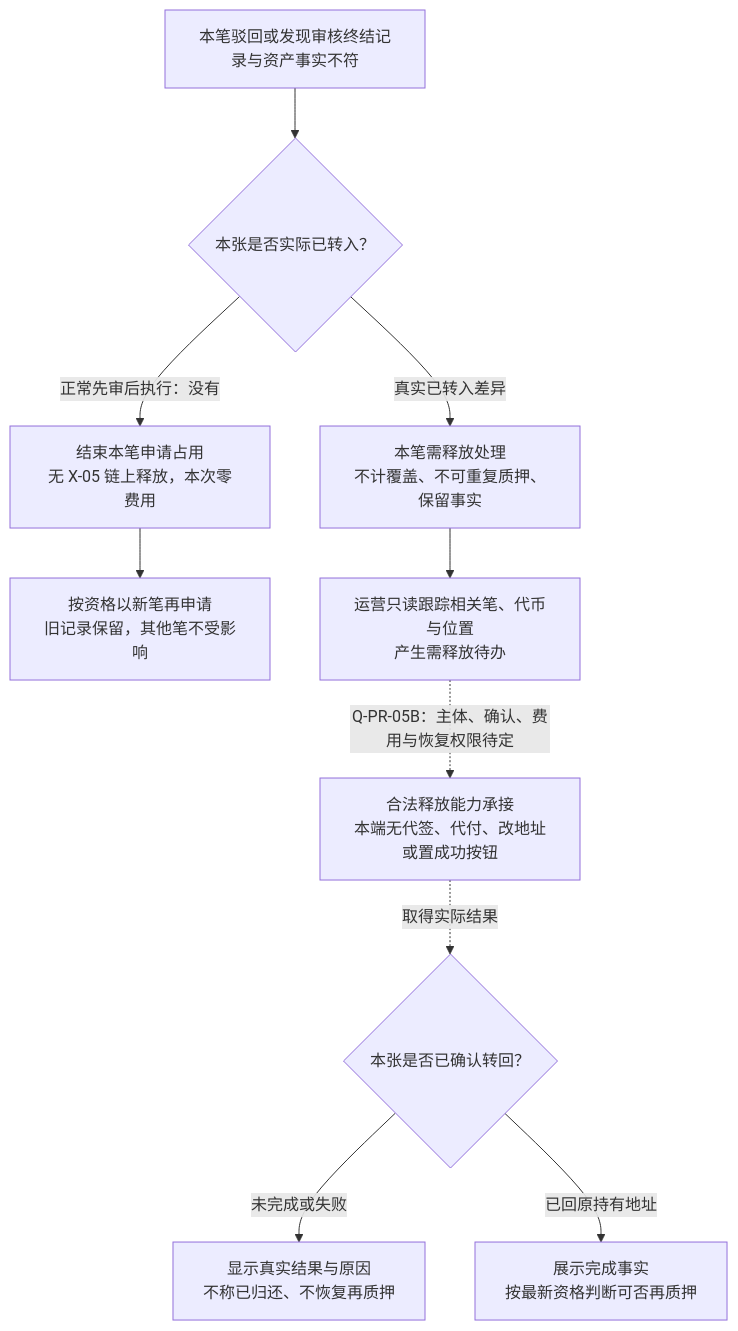
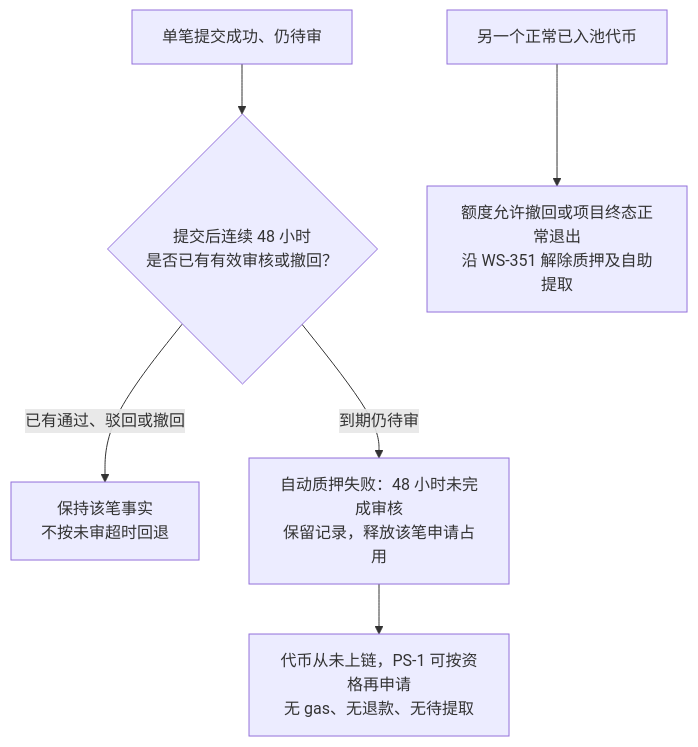
Before and after one commit to wxblockchain/Chain-Financing: the third of 5 diagrams in lending-platform/PRD/v1.0-代币质押审核/v1.0-代币质押审核-流程图与状态机.md, drawn with Mermaid. The commit also changed other lines of this file and 5 other files, not shown here.

````diff
--- a/lending-platform/PRD/v1.0-代币质押审核/v1.0-代币质押审核-流程图与状态机.md
+++ b/lending-platform/PRD/v1.0-代币质押审核/v1.0-代币质押审核-流程图与状态机.md
@@ -82,12 +83,8 @@
 ```mermaid
 flowchart TD
-  A["本笔驳回或发现审核终结记录与资产事实不符"] --> B{"本张是否实际已转入？"}
-  B -- "正常先审后执行：没有" --> C["结束本笔申请占用<br/>无 X-05 链上释放，本次零费用"]
-  C --> D["按资格以新笔再申请<br/>旧记录保留，其他笔不受影响"]
-  B -- "真实已转入差异" --> E["本笔需释放处理<br/>不计覆盖、不可重复质押、保留事实"]
-  E --> F["运营只读跟踪相关笔、代币与位置<br/>产生需释放待办"]
-  F -. "Q-PR-05B：主体、确认、费用与恢复权限待定" .-> G["合法释放能力承接<br/>本端无代签、代付、改地址或置成功按钮"]
-  G -. "取得实际结果" .-> H{"本张是否已确认转回？"}
-  H -- "未完成或失败" --> I["显示真实结果与原因<br/>不称已归还、不恢复再质押"]
-  H -- "已回原持有地址" --> J["展示完成事实<br/>按最新资格判断可否再质押"]
+  A["单笔提交成功、仍待审"] --> B{"提交后连续 48 小时<br/>是否已有有效审核或撤回？"}
+  B -- "已有通过、驳回或撤回" --> C["保持该笔事实<br/>不按未审超时回退"]
+  B -- "到期仍待审" --> D["自动质押失败：48 小时未完成审核<br/>保留记录，释放该笔申请占用"]
+  D --> E["代币从未上链，PS-1 可按资格再申请<br/>无 gas、无退款、无待提取"]
+  F["另一个正常已入池代币"] --> G["额度允许撤回或项目终态正常退出<br/>沿 WS-351 解除质押及自助提取"]
 ```
````
